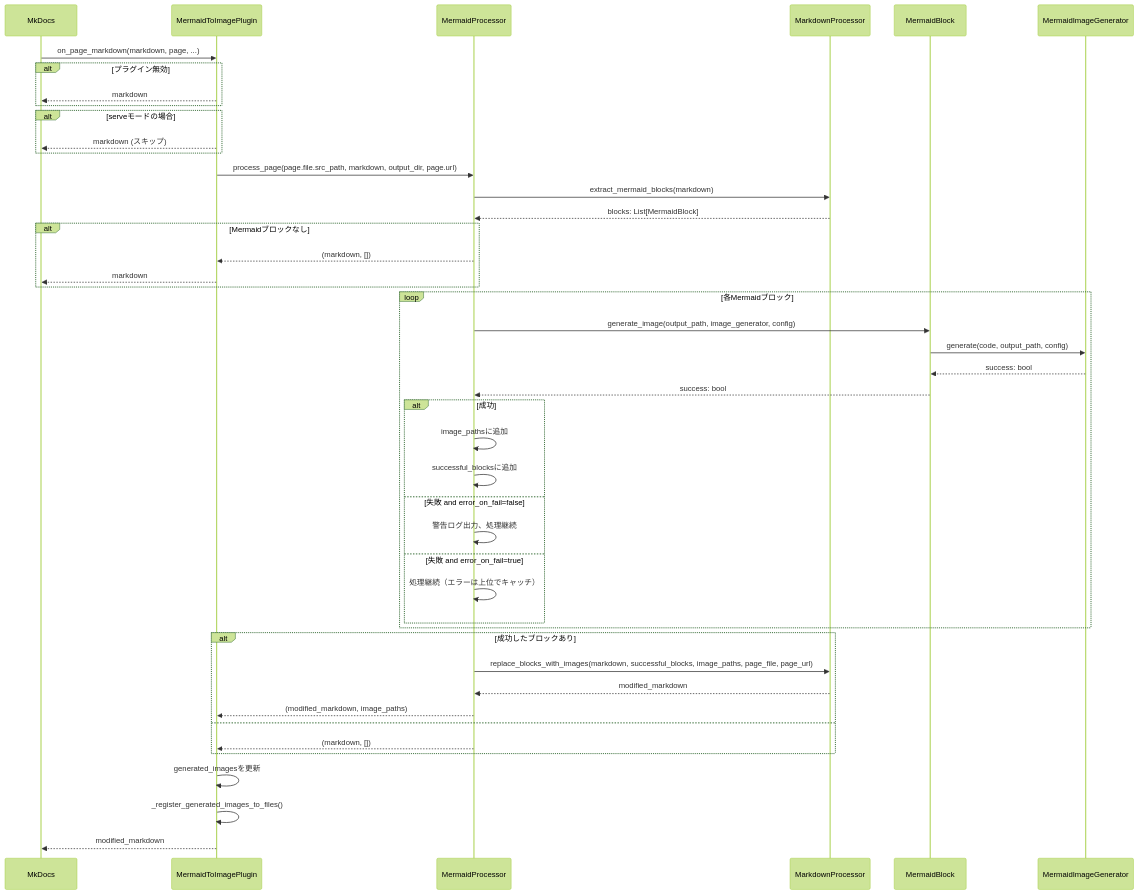
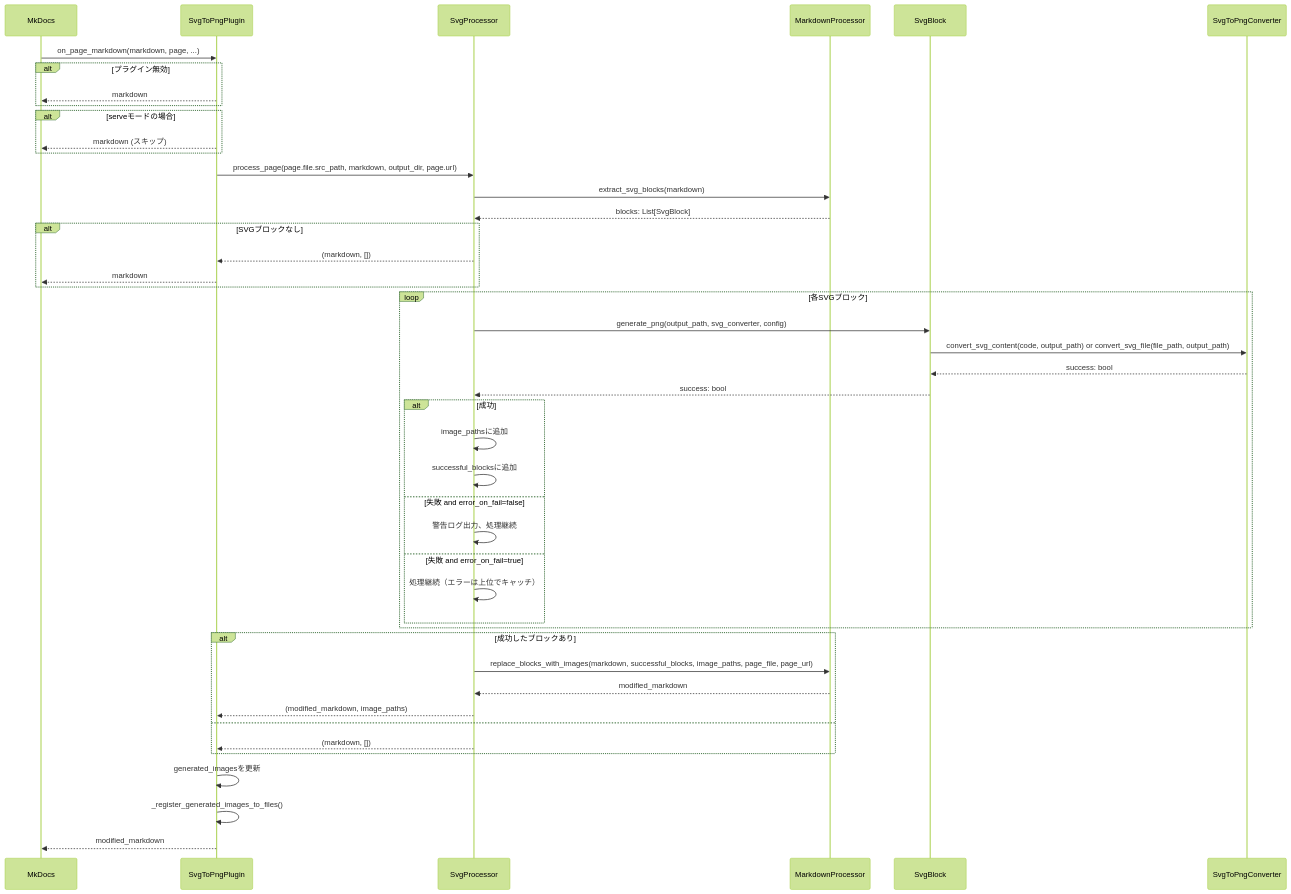
One commit to nuitsjp/mkdocs-svg-to-png changed the fifth of 7 diagrams in docs/architecture.md. Above: the diagram before and after it, drawn with Mermaid (forest theme). The commit also changed other lines of this file and 34 other files, not shown here.

First line of the commit message:
refactor: SVG to PNG変換機能の完全実装とMermaidからの移行完了

````diff
--- a/docs/architecture.md
+++ b/docs/architecture.md
@@ -227,56 +221,56 @@
 ```mermaid
 sequenceDiagram
     participant MkDocs
-    participant Plugin as MermaidToImagePlugin
-    participant Proc as MermaidProcessor
+    participant Plugin as SvgToPngPlugin
+    participant Proc as SvgProcessor
     participant MdProc as MarkdownProcessor
-    participant Block as MermaidBlock
-    participant ImgGen as MermaidImageGenerator
+    participant Block as SvgBlock
+    participant Converter as SvgToPngConverter
 
     MkDocs->>Plugin: on_page_markdown(markdown, page, ...)
 
     alt プラグイン無効
         Plugin-->>MkDocs: markdown
     end
 
     alt serveモードの場合
         Plugin-->>MkDocs: markdown (スキップ)
     end
 
     Plugin->>Proc: process_page(page.file.src_path, markdown, output_dir, page.url)
-    Proc->>MdProc: extract_mermaid_blocks(markdown)
-    MdProc-->>Proc: blocks: List[MermaidBlock]
+    Proc->>MdProc: extract_svg_blocks(markdown)
+    MdProc-->>Proc: blocks: List[SvgBlock]
 
-    alt Mermaidブロックなし
+    alt SVGブロックなし
         Proc-->>Plugin: (markdown, [])
         Plugin-->>MkDocs: markdown
     end
 
-    loop 各Mermaidブロック
-        Proc->>Block: generate_image(output_path, image_generator, config)
-        Block->>ImgGen: generate(code, output_path, config)
-        ImgGen-->>Block: success: bool
+    loop 各SVGブロック
+        Proc->>Block: generate_png(output_path, svg_converter, config)
+        Block->>Converter: convert_svg_content(code, output_path) or convert_svg_file(file_path, output_path)
+        Converter-->>Block: success: bool
         Block-->>Proc: success: bool
 
         alt 成功
             Proc->>Proc: image_pathsに追加
             Proc->>Proc: successful_blocksに追加
         else 失敗 and error_on_fail=false
             Proc->>Proc: 警告ログ出力、処理継続
         else 失敗 and error_on_fail=true
             Proc->>Proc: 処理継続（エラーは上位でキャッチ）
         end
     end
 
     alt 成功したブロックあり
         Proc->>MdProc: replace_blocks_with_images(markdown, successful_blocks, image_paths, page_file, page_url)
         MdProc-->>Proc: modified_markdown
         Proc-->>Plugin: (modified_markdown, image_paths)
     else
         Proc-->>Plugin: (markdown, [])
     end
 
     Plugin->>Plugin: generated_imagesを更新
     Plugin->>Plugin: _register_generated_images_to_files()
     Plugin-->>MkDocs: modified_markdown
 ```
````
